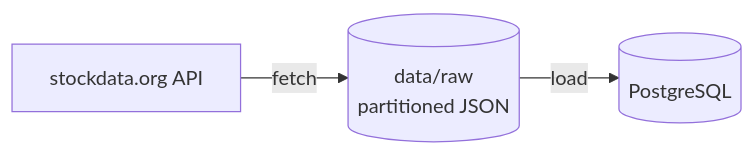
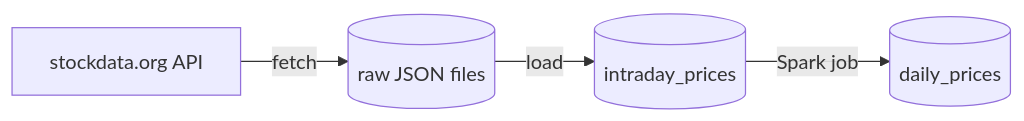
The first of 3 diagrams in README.md (bkajj/market-tracker), drawn with Mermaid before and after one commit. The commit also changed other lines of this file, not shown here.

````diff
--- a/README.md
+++ b/README.md
@@ -13,4 +13,4 @@
 ```mermaid
 flowchart LR
-    API[stockdata.org API] -->|fetch| RAW[("data/raw<br/>partitioned JSON")] -->|load| PG[(PostgreSQL)]
+    API[stockdata.org API] -->|fetch| RAW[("raw JSON files")] -->|load| INTRA[("intraday_prices")] -->|Spark job| DAILY[("daily_prices")]
 ```
````
